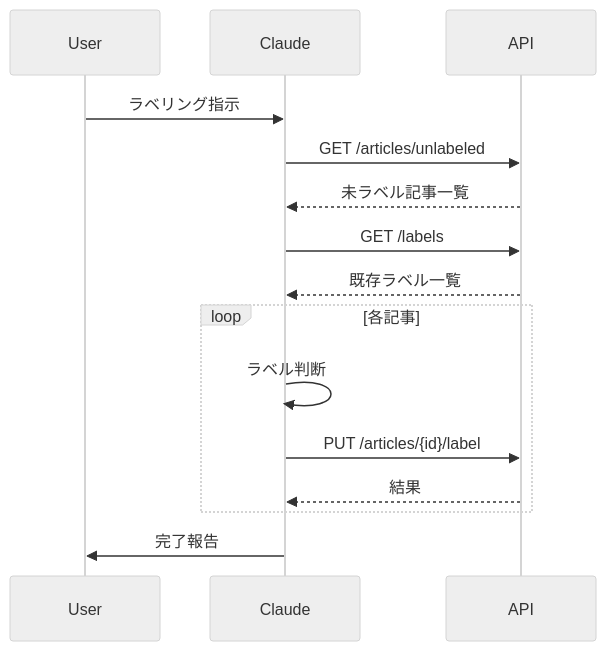
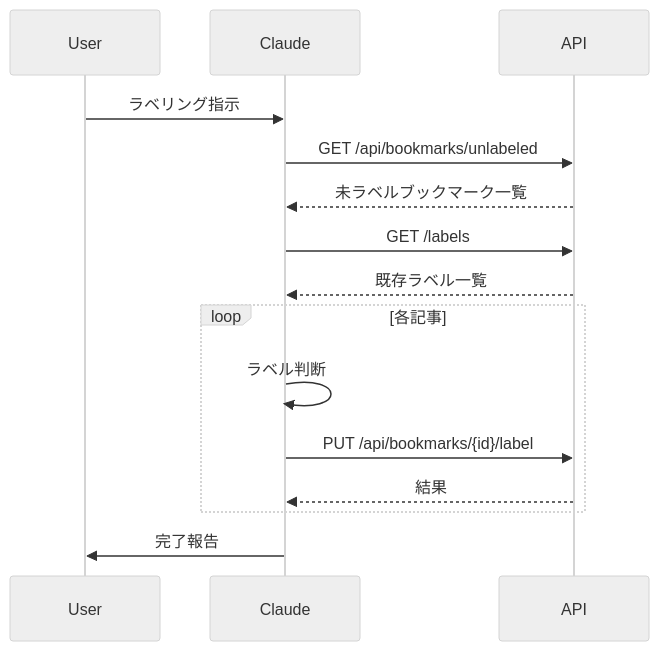
One commit to ryosuke-horie/yomimono changed the diagram in docs/機能仕様/ラベリング機能/06_Claude連携.md. Above: the diagram before and after it, drawn with Mermaid (neutral theme). The commit also changed other lines of this file and 3 other files, not shown here.

````diff
--- a/docs/機能仕様/ラベリング機能/06_Claude連携.md
+++ b/docs/機能仕様/ラベリング機能/06_Claude連携.md
@@ -9,16 +9,16 @@
 ```mermaid
 sequenceDiagram
     User->>Claude: ラベリング指示
-    Claude->>API: GET /articles/unlabeled
-    API-->>Claude: 未ラベル記事一覧
+    Claude->>API: GET /api/bookmarks/unlabeled
+    API-->>Claude: 未ラベルブックマーク一覧
     Claude->>API: GET /labels
     API-->>Claude: 既存ラベル一覧
 
     loop 各記事
         Claude->>Claude: ラベル判断
-        Claude->>API: PUT /articles/{id}/label
+        Claude->>API: PUT /api/bookmarks/{id}/label
         API-->>Claude: 結果
     end
 
     Claude->>User: 完了報告
 ```
````
